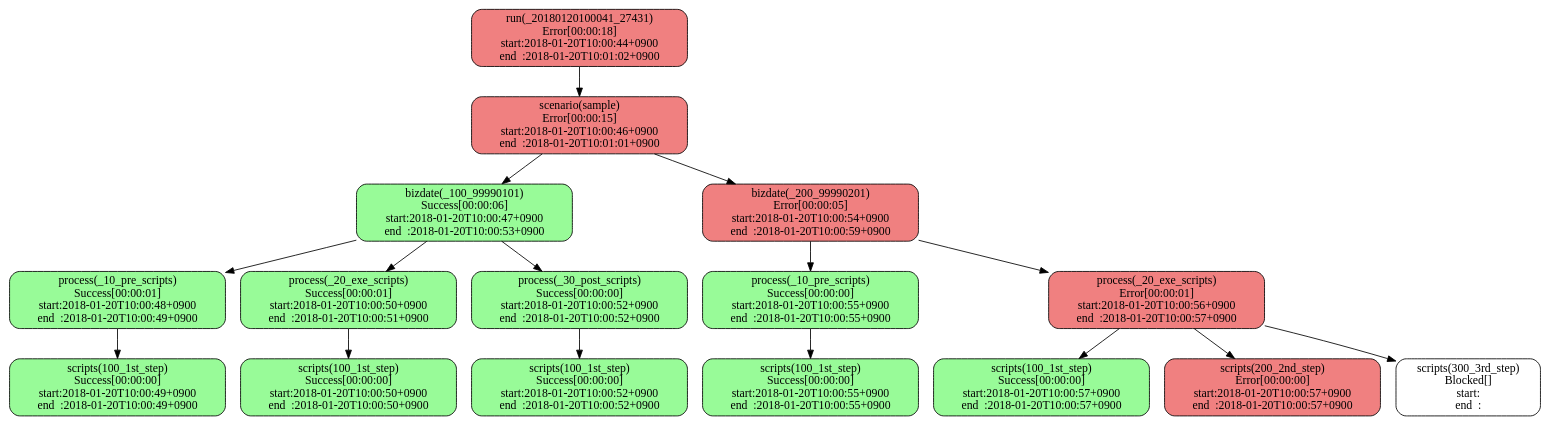
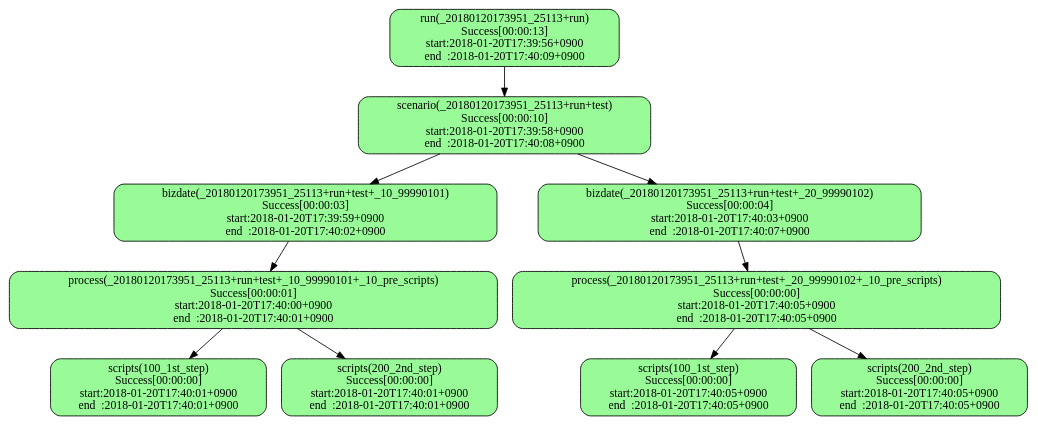
The diagram in sample.dot (tkhr-sait/stfw-result-viewer-rails), drawn with Graphviz before and after one commit. The commit also changed 4 other files, not shown here.

```diff
--- a/sample.dot
+++ b/sample.dot
@@ -1,34 +1,22 @@
 digraph G {
   layout="dot";
-  x20180120100041x27431xrun[label="run(_20180120100041_27431)\nError[00:00:18]\nstart:2018-01-20T10:00:44+0900\nend  :2018-01-20T10:01:02+0900",shape="box",style="filled,rounded",fillcolor="lightcoral"];
-  x20180120100041x27431xrunxsample[label="scenario(sample)\nError[00:00:15]\nstart:2018-01-20T10:00:46+0900\nend  :2018-01-20T10:01:01+0900",shape="box",style="filled,rounded",fillcolor="lightcoral"];
-  x20180120100041x27431xrunxsamplexx100x99990101[label="bizdate(_100_99990101)\nSuccess[00:00:06]\nstart:2018-01-20T10:00:47+0900\nend  :2018-01-20T10:00:53+0900",shape="box",style="filled,rounded",fillcolor="palegreen"];
-  x20180120100041x27431xrunxsamplexx100x99990101xx10xprexscripts[label="process(_10_pre_scripts)\nSuccess[00:00:01]\nstart:2018-01-20T10:00:48+0900\nend  :2018-01-20T10:00:49+0900",shape="box",style="filled,rounded",fillcolor="palegreen"];
-  x20180120100041x27431xrunxsamplexx100x99990101xx10xprexscriptsx100x1stxstep[label="scripts(100_1st_step)\nSuccess[00:00:00]\nstart:2018-01-20T10:00:49+0900\nend  :2018-01-20T10:00:49+0900",shape="box",style="filled,rounded",fillcolor="palegreen"];
-  x20180120100041x27431xrunxsamplexx100x99990101xx20xexexscripts[label="process(_20_exe_scripts)\nSuccess[00:00:01]\nstart:2018-01-20T10:00:50+0900\nend  :2018-01-20T10:00:51+0900",shape="box",style="filled,rounded",fillcolor="palegreen"];
-  x20180120100041x27431xrunxsamplexx100x99990101xx20xexexscriptsx100x1stxstep[label="scripts(100_1st_step)\nSuccess[00:00:00]\nstart:2018-01-20T10:00:50+0900\nend  :2018-01-20T10:00:50+0900",shape="box",style="filled,rounded",fillcolor="palegreen"];
-  x20180120100041x27431xrunxsamplexx100x99990101xx30xpostxscripts[label="process(_30_post_scripts)\nSuccess[00:00:00]\nstart:2018-01-20T10:00:52+0900\nend  :2018-01-20T10:00:52+0900",shape="box",style="filled,rounded",fillcolor="palegreen"];
-  x20180120100041x27431xrunxsamplexx100x99990101xx30xpostxscriptsx100x1stxstep[label="scripts(100_1st_step)\nSuccess[00:00:00]\nstart:2018-01-20T10:00:52+0900\nend  :2018-01-20T10:00:52+0900",shape="box",style="filled,rounded",fillcolor="palegreen"];
-  x20180120100041x27431xrunxsamplexx200x99990201[label="bizdate(_200_99990201)\nError[00:00:05]\nstart:2018-01-20T10:00:54+0900\nend  :2018-01-20T10:00:59+0900",shape="box",style="filled,rounded",fillcolor="lightcoral"];
-  x20180120100041x27431xrunxsamplexx200x99990201xx10xprexscripts[label="process(_10_pre_scripts)\nSuccess[00:00:00]\nstart:2018-01-20T10:00:55+0900\nend  :2018-01-20T10:00:55+0900",shape="box",style="filled,rounded",fillcolor="palegreen"];
-  x20180120100041x27431xrunxsamplexx200x99990201xx10xprexscriptsx100x1stxstep[label="scripts(100_1st_step)\nSuccess[00:00:00]\nstart:2018-01-20T10:00:55+0900\nend  :2018-01-20T10:00:55+0900",shape="box",style="filled,rounded",fillcolor="palegreen"];
-  x20180120100041x27431xrunxsamplexx200x99990201xx20xexexscripts[label="process(_20_exe_scripts)\nError[00:00:01]\nstart:2018-01-20T10:00:56+0900\nend  :2018-01-20T10:00:57+0900",shape="box",style="filled,rounded",fillcolor="lightcoral"];
-  x20180120100041x27431xrunxsamplexx200x99990201xx20xexexscriptsx100x1stxstep[label="scripts(100_1st_step)\nSuccess[00:00:00]\nstart:2018-01-20T10:00:57+0900\nend  :2018-01-20T10:00:57+0900",shape="box",style="filled,rounded",fillcolor="palegreen"];
-  x20180120100041x27431xrunxsamplexx200x99990201xx20xexexscriptsx200x2ndxstep[label="scripts(200_2nd_step)\nError[00:00:00]\nstart:2018-01-20T10:00:57+0900\nend  :2018-01-20T10:00:57+0900",shape="box",style="filled,rounded",fillcolor="lightcoral"];
-  x20180120100041x27431xrunxsamplexx200x99990201xx20xexexscriptsx300x3rdxstep[label="scripts(300_3rd_step)\nBlocked[]\nstart:\nend  :",shape="box",style="filled,rounded",fillcolor="white"];
-  x20180120100041x27431xrun -> x20180120100041x27431xrunxsample;
-  x20180120100041x27431xrunxsample -> x20180120100041x27431xrunxsamplexx100x99990101;
-  x20180120100041x27431xrunxsamplexx100x99990101 -> x20180120100041x27431xrunxsamplexx100x99990101xx10xprexscripts;
-  x20180120100041x27431xrunxsamplexx100x99990101xx10xprexscripts -> x20180120100041x27431xrunxsamplexx100x99990101xx10xprexscriptsx100x1stxstep;
-  x20180120100041x27431xrunxsamplexx100x99990101 -> x20180120100041x27431xrunxsamplexx100x99990101xx20xexexscripts;
-  x20180120100041x27431xrunxsamplexx100x99990101xx20xexexscripts -> x20180120100041x27431xrunxsamplexx100x99990101xx20xexexscriptsx100x1stxstep;
-  x20180120100041x27431xrunxsamplexx100x99990101 -> x20180120100041x27431xrunxsamplexx100x99990101xx30xpostxscripts;
-  x20180120100041x27431xrunxsamplexx100x99990101xx30xpostxscripts -> x20180120100041x27431xrunxsamplexx100x99990101xx30xpostxscriptsx100x1stxstep;
-  x20180120100041x27431xrunxsample -> x20180120100041x27431xrunxsamplexx200x99990201;
-  x20180120100041x27431xrunxsamplexx200x99990201 -> x20180120100041x27431xrunxsamplexx200x99990201xx10xprexscripts;
-  x20180120100041x27431xrunxsamplexx200x99990201xx10xprexscripts -> x20180120100041x27431xrunxsamplexx200x99990201xx10xprexscriptsx100x1stxstep;
-  x20180120100041x27431xrunxsamplexx200x99990201 -> x20180120100041x27431xrunxsamplexx200x99990201xx20xexexscripts;
-  x20180120100041x27431xrunxsamplexx200x99990201xx20xexexscripts -> x20180120100041x27431xrunxsamplexx200x99990201xx20xexexscriptsx100x1stxstep;
-  x20180120100041x27431xrunxsamplexx200x99990201xx20xexexscripts -> x20180120100041x27431xrunxsamplexx200x99990201xx20xexexscriptsx200x2ndxstep;
-  x20180120100041x27431xrunxsamplexx200x99990201xx20xexexscripts -> x20180120100041x27431xrunxsamplexx200x99990201xx20xexexscriptsx300x3rdxstep;
+  x20180120173951x25113xrun[label="run(_20180120173951_25113+run)\nSuccess[00:00:13]\nstart:2018-01-20T17:39:56+0900\nend  :2018-01-20T17:40:09+0900",shape="box",style="filled,rounded",fillcolor="palegreen"];
+  x20180120173951x25113xrunxtest[label="scenario(_20180120173951_25113+run+test)\nSuccess[00:00:10]\nstart:2018-01-20T17:39:58+0900\nend  :2018-01-20T17:40:08+0900",shape="box",style="filled,rounded",fillcolor="palegreen"];
+  x20180120173951x25113xrunxtestxx10x99990101[label="bizdate(_20180120173951_25113+run+test+_10_99990101)\nSuccess[00:00:03]\nstart:2018-01-20T17:39:59+0900\nend  :2018-01-20T17:40:02+0900",shape="box",style="filled,rounded",fillcolor="palegreen"];
+  x20180120173951x25113xrunxtestxx10x99990101xx10xprexscripts[label="process(_20180120173951_25113+run+test+_10_99990101+_10_pre_scripts)\nSuccess[00:00:01]\nstart:2018-01-20T17:40:00+0900\nend  :2018-01-20T17:40:01+0900",shape="box",style="filled,rounded",fillcolor="palegreen"];
+  x20180120173951x25113xrunxtestxx10x99990101xx10xprexscriptsx100x1stxstep[label="scripts(100_1st_step)\nSuccess[00:00:00]\nstart:2018-01-20T17:40:01+0900\nend  :2018-01-20T17:40:01+0900",shape="box",style="filled,rounded",fillcolor="palegreen"];
+  x20180120173951x25113xrunxtestxx10x99990101xx10xprexscriptsx200x2ndxstep[label="scripts(200_2nd_step)\nSuccess[00:00:00]\nstart:2018-01-20T17:40:01+0900\nend  :2018-01-20T17:40:01+0900",shape="box",style="filled,rounded",fillcolor="palegreen"];
+  x20180120173951x25113xrunxtestxx20x99990102[label="bizdate(_20180120173951_25113+run+test+_20_99990102)\nSuccess[00:00:04]\nstart:2018-01-20T17:40:03+0900\nend  :2018-01-20T17:40:07+0900",shape="box",style="filled,rounded",fillcolor="palegreen"];
+  x20180120173951x25113xrunxtestxx20x99990102xx10xprexscripts[label="process(_20180120173951_25113+run+test+_20_99990102+_10_pre_scripts)\nSuccess[00:00:00]\nstart:2018-01-20T17:40:05+0900\nend  :2018-01-20T17:40:05+0900",shape="box",style="filled,rounded",fillcolor="palegreen"];
+  x20180120173951x25113xrunxtestxx20x99990102xx10xprexscriptsx100x1stxstep[label="scripts(100_1st_step)\nSuccess[00:00:00]\nstart:2018-01-20T17:40:05+0900\nend  :2018-01-20T17:40:05+0900",shape="box",style="filled,rounded",fillcolor="palegreen"];
+  x20180120173951x25113xrunxtestxx20x99990102xx10xprexscriptsx200x2ndxstep[label="scripts(200_2nd_step)\nSuccess[00:00:00]\nstart:2018-01-20T17:40:05+0900\nend  :2018-01-20T17:40:05+0900",shape="box",style="filled,rounded",fillcolor="palegreen"];
+  x20180120173951x25113xrun -> x20180120173951x25113xrunxtest;
+  x20180120173951x25113xrunxtest -> x20180120173951x25113xrunxtestxx10x99990101;
+  x20180120173951x25113xrunxtestxx10x99990101 -> x20180120173951x25113xrunxtestxx10x99990101xx10xprexscripts;
+  x20180120173951x25113xrunxtestxx10x99990101xx10xprexscripts -> x20180120173951x25113xrunxtestxx10x99990101xx10xprexscriptsx100x1stxstep;
+  x20180120173951x25113xrunxtestxx10x99990101xx10xprexscripts -> x20180120173951x25113xrunxtestxx10x99990101xx10xprexscriptsx200x2ndxstep;
+  x20180120173951x25113xrunxtest -> x20180120173951x25113xrunxtestxx20x99990102;
+  x20180120173951x25113xrunxtestxx20x99990102 -> x20180120173951x25113xrunxtestxx20x99990102xx10xprexscripts;
+  x20180120173951x25113xrunxtestxx20x99990102xx10xprexscripts -> x20180120173951x25113xrunxtestxx20x99990102xx10xprexscriptsx100x1stxstep;
+  x20180120173951x25113xrunxtestxx20x99990102xx10xprexscripts -> x20180120173951x25113xrunxtestxx20x99990102xx10xprexscriptsx200x2ndxstep;
 }
```
